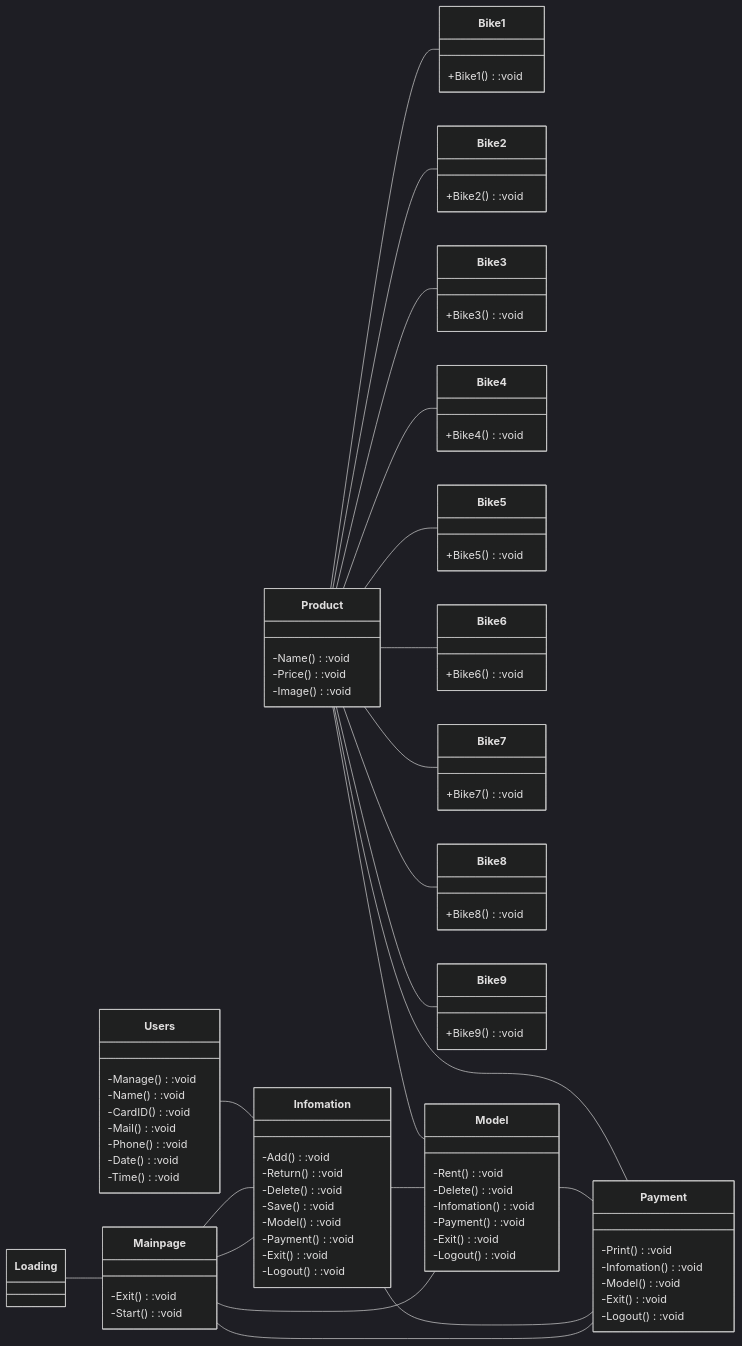
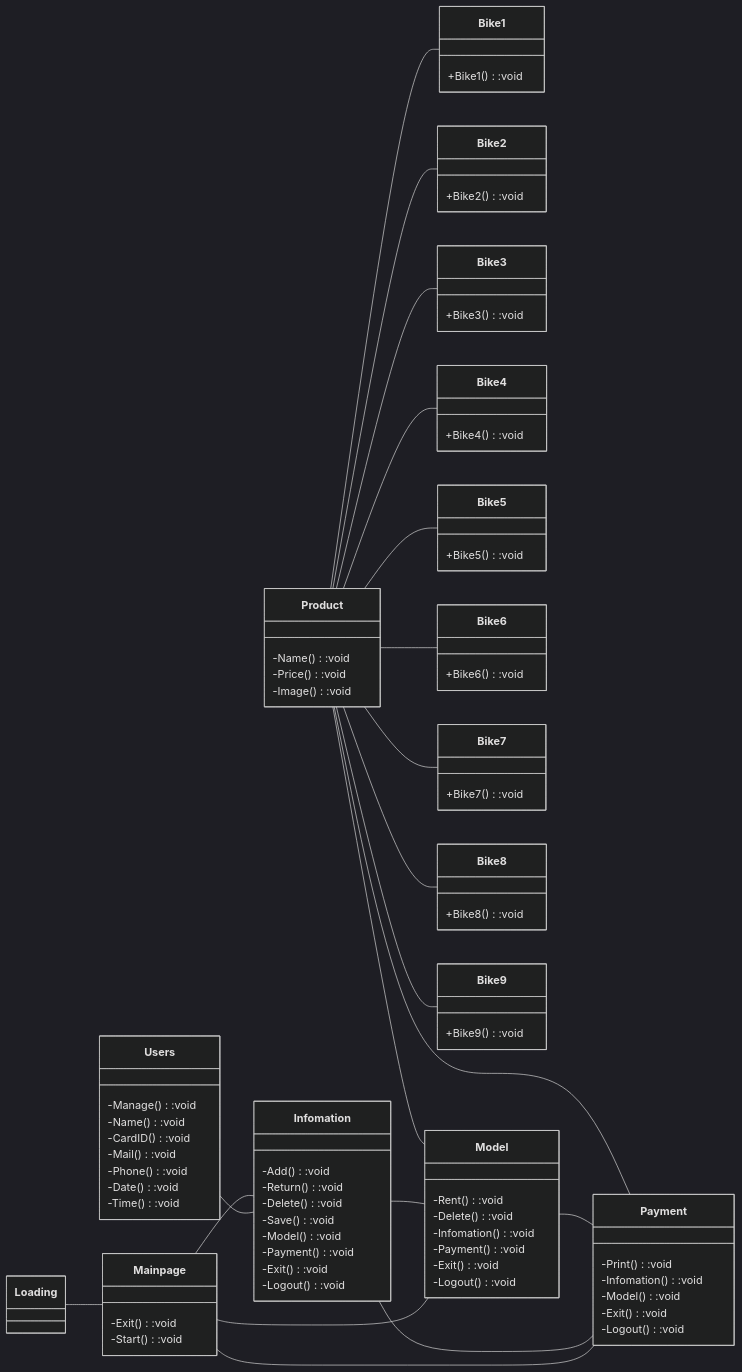
One commit to pathipat11/Final-Project-OOP changed the diagram in README.md. Above: the diagram before and after it, drawn with Mermaid (dark theme).

```diff
--- a/README.md
+++ b/README.md
@@ -100,14 +100,13 @@
   -Logout():void
 }  
   
+  Loading -- Mainpage
+  Mainpage -- Infomation
+  Users -- Infomation
   Payment -- Infomation
   Product -- Payment
-  Users -- Infomation
   Product -- Model
-  Loading -- Mainpage
-  Mainpage -- Infomation
   Infomation -- Model
-  Infomation --Mainpage
   Model -- Payment
   Model -- Mainpage
   Payment -- Mainpage
```
